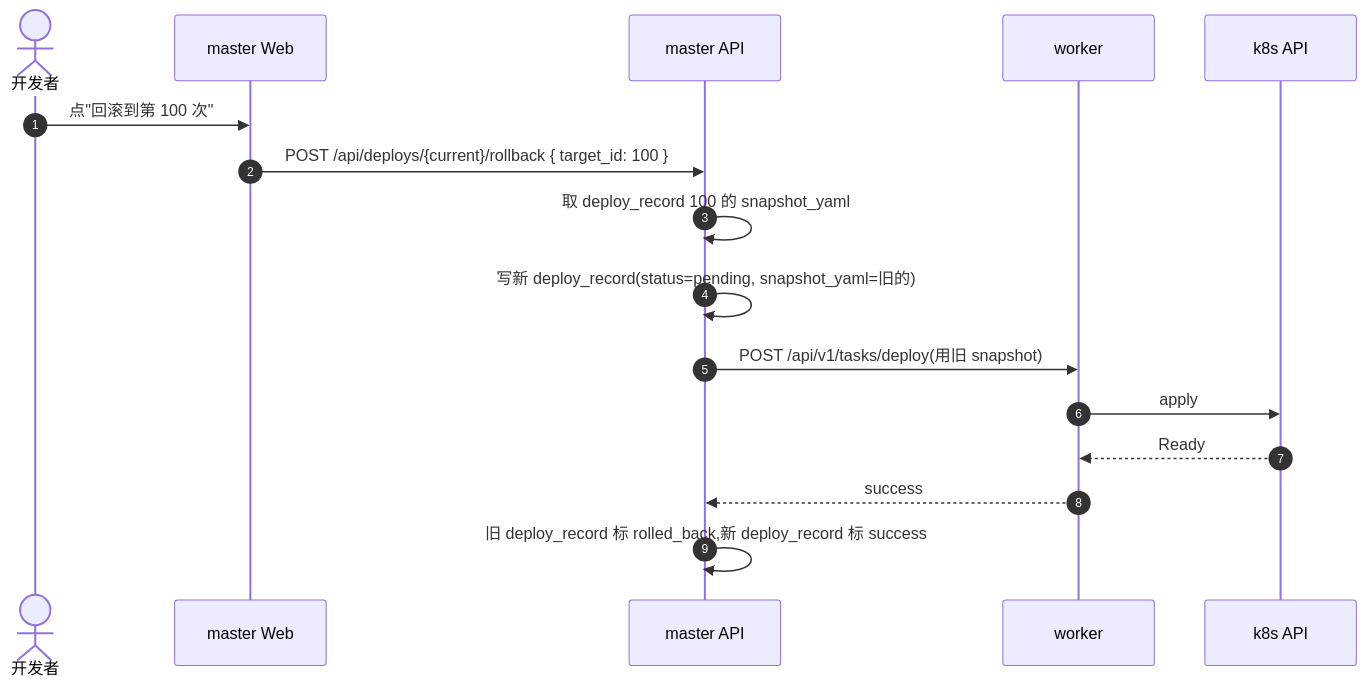
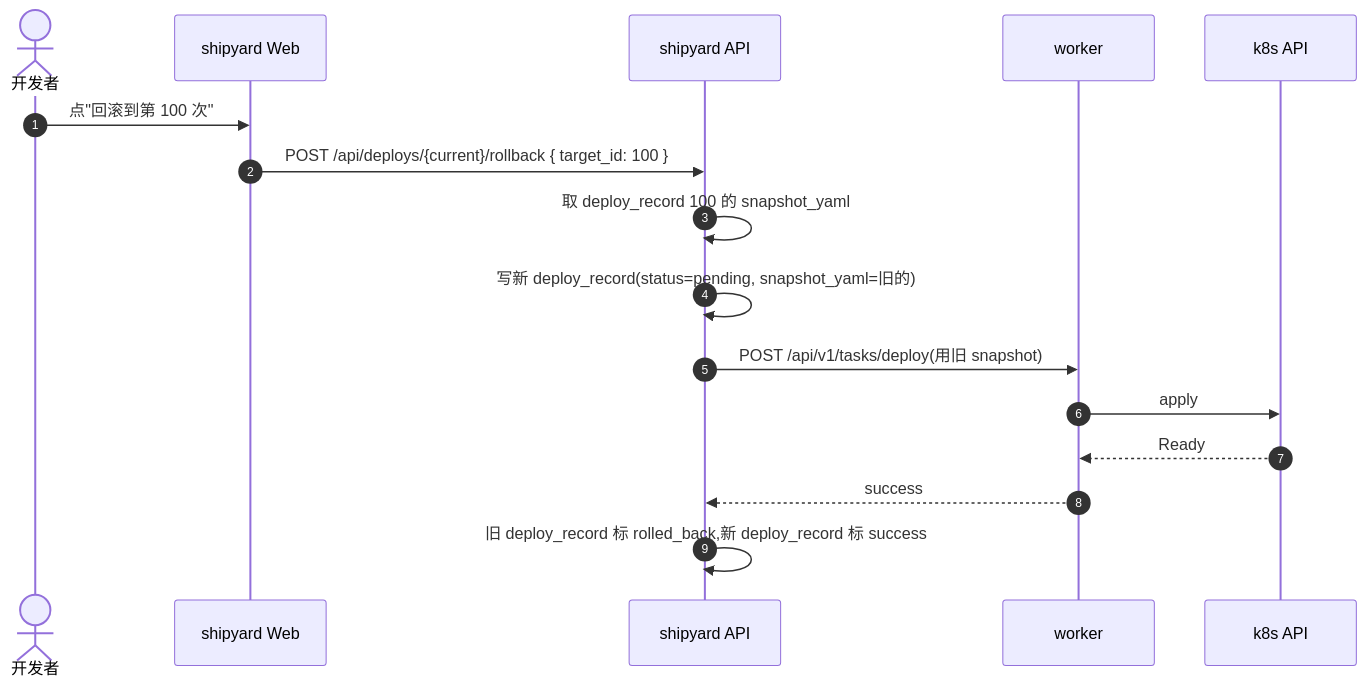
Before and after one commit to yeyanghua/shipyard: the fourth of 6 diagrams in docs/superpowers/specs/2026-08-08-platform-design.md, drawn with Mermaid. The commit also changed other lines of this file and 18 other files, not shown here.

First line of the commit message:
refactor: 全套改名 master -> shipyard(避免 master 分支/服务名/仓库名混淆)

````diff
--- a/docs/superpowers/specs/2026-08-08-platform-design.md
+++ b/docs/superpowers/specs/2026-08-08-platform-design.md
@@ -541,19 +541,19 @@
 ```mermaid
 sequenceDiagram
     autonumber
     actor User as 开发者
-    participant Web as master Web
-    participant API as master API
+    participant Web as shipyard Web
+    participant API as shipyard API
     participant Worker as worker
     participant K8s as k8s API
 
     User->>Web: 点"回滚到第 100 次"
     Web->>API: POST /api/deploys/{current}/rollback { target_id: 100 }
     API->>API: 取 deploy_record 100 的 snapshot_yaml
     API->>API: 写新 deploy_record(status=pending, snapshot_yaml=旧的)
     API->>Worker: POST /api/v1/tasks/deploy(用旧 snapshot)
     Worker->>K8s: apply
     K8s-->>Worker: Ready
     Worker-->>API: success
     API->>API: 旧 deploy_record 标 rolled_back,新 deploy_record 标 success
 ```
````
